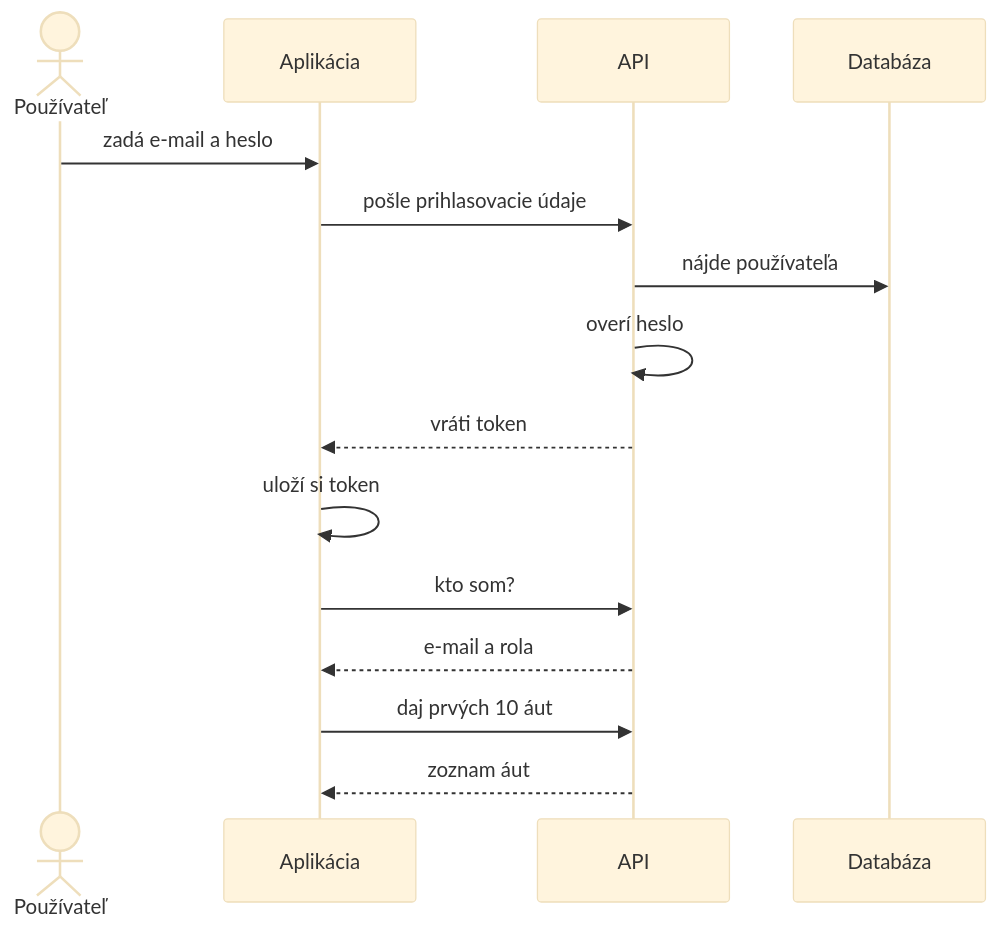
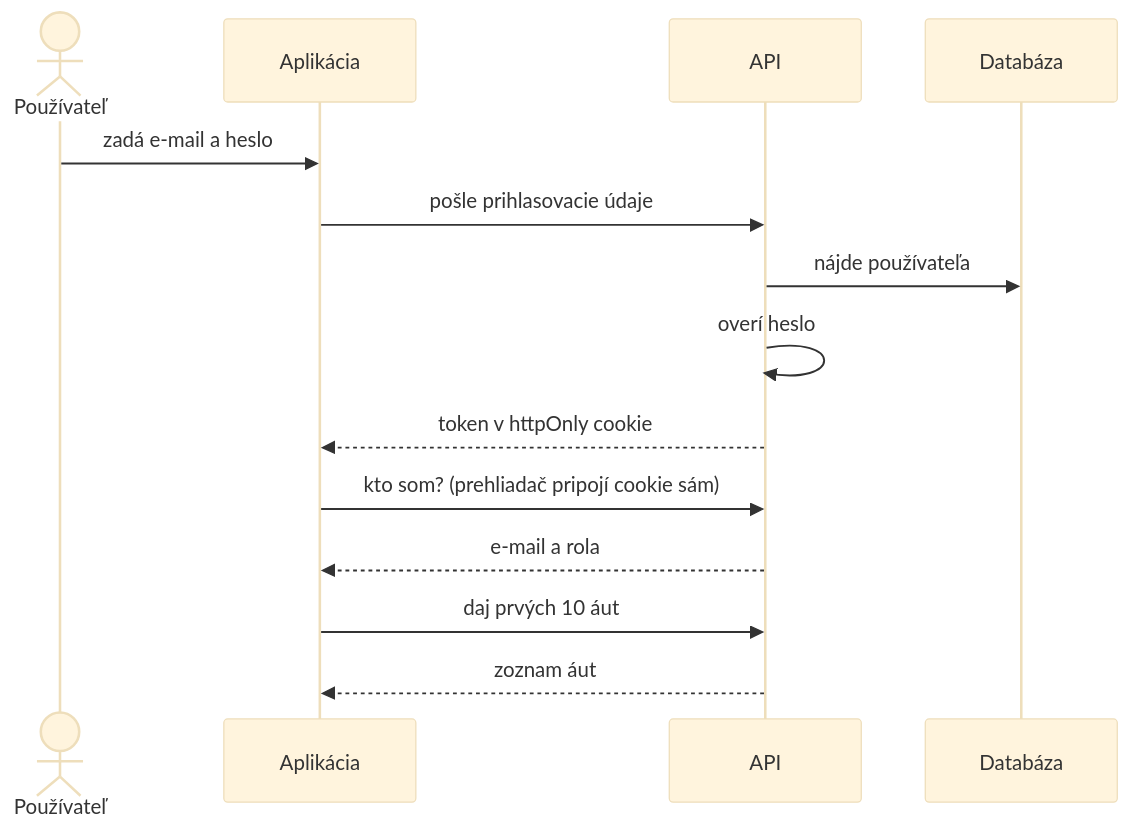
The second of 3 diagrams in README.md (Matus1232/car-fleet-), drawn with Mermaid (base theme) before and after one commit. The commit also changed other lines of this file and 36 other files, not shown here.

````diff
--- a/README.md
+++ b/README.md
@@ -92,18 +104,17 @@
 ```mermaid
 sequenceDiagram
     actor U as Používateľ
     participant F as Aplikácia
     participant A as API
     participant D as Databáza
 
     U->>F: zadá e-mail a heslo
     F->>A: pošle prihlasovacie údaje
     A->>D: nájde používateľa
     A->>A: overí heslo
-    A-->>F: vráti token
-    F->>F: uloží si token
-    F->>A: kto som?
+    A-->>F: token v httpOnly cookie
+    F->>A: kto som? (prehliadač pripojí cookie sám)
     A-->>F: e-mail a rola
     F->>A: daj prvých 10 áut
     A-->>F: zoznam áut
 ```
````
